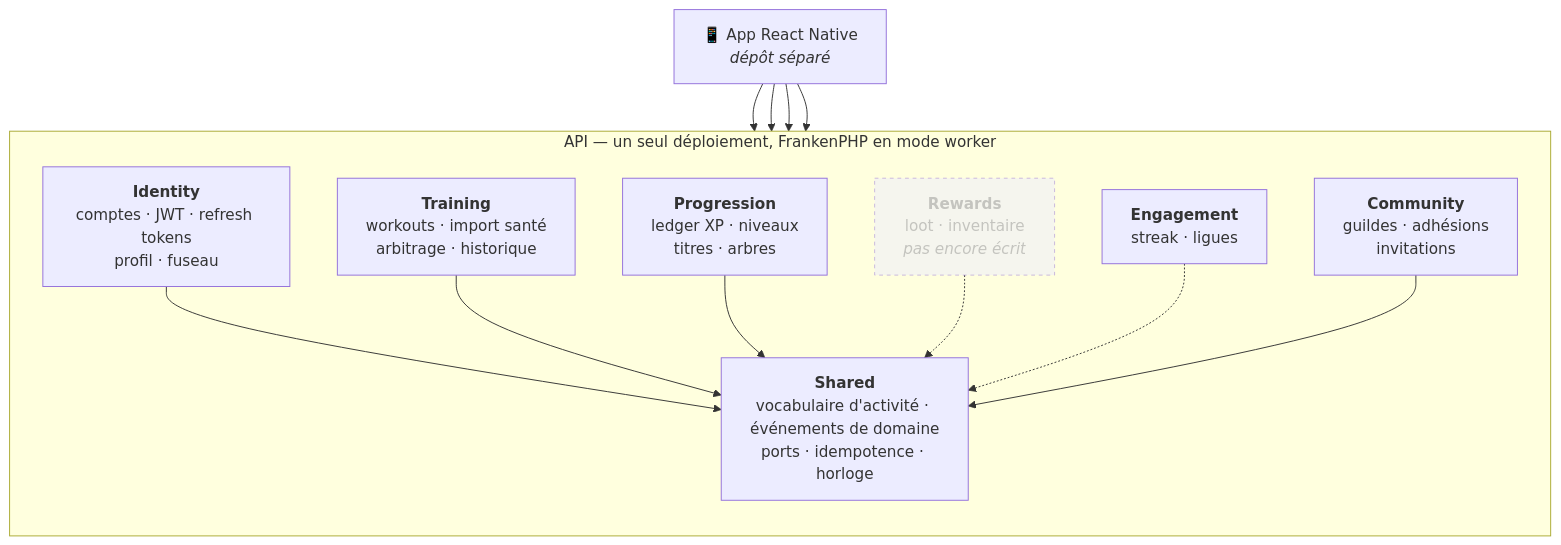
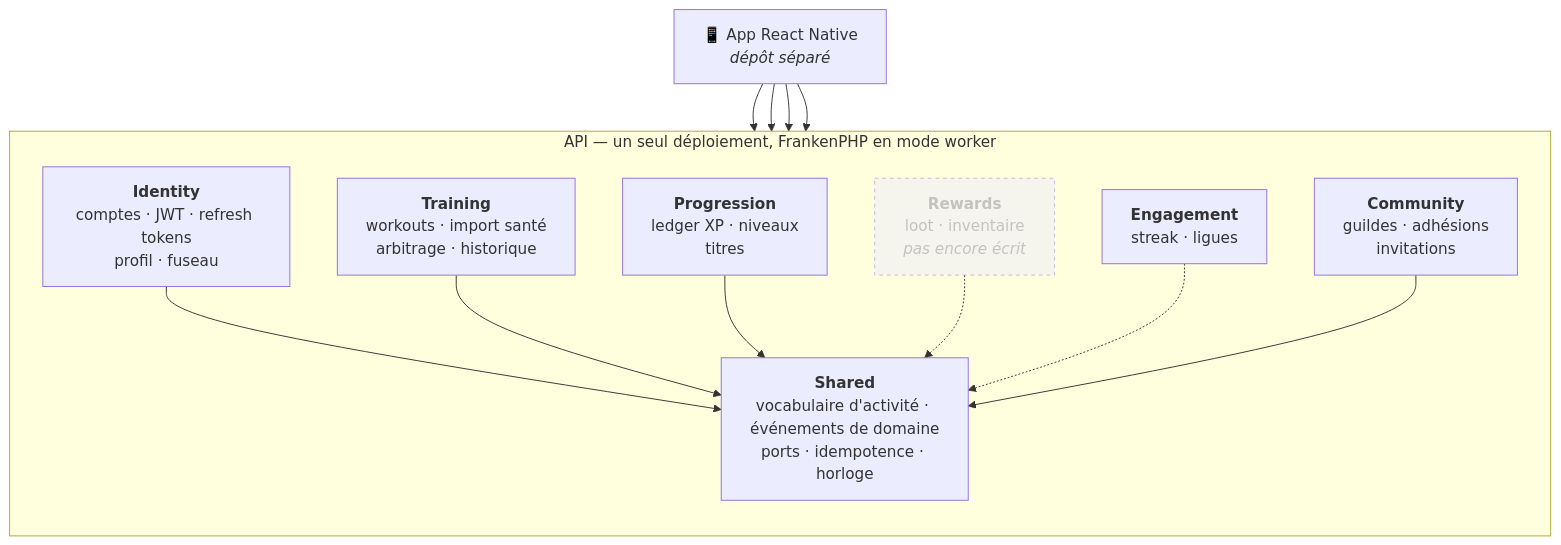
The first of 14 diagrams in ARCHITECTURE.md (younesdiouri/grrind-back), drawn with Mermaid before and after one commit. The commit also changed other lines of this file and 37 other files, not shown here.

````diff
--- a/ARCHITECTURE.md
+++ b/ARCHITECTURE.md
@@ -24,30 +24,30 @@
 ```mermaid
 flowchart TB
     app["📱 App React Native<br/><i>dépôt séparé</i>"]
 
     subgraph api["API — un seul déploiement, FrankenPHP en mode worker"]
         direction TB
         identity["<b>Identity</b><br/>comptes · JWT · refresh tokens<br/>profil · fuseau"]
         training["<b>Training</b><br/>workouts · import santé<br/>arbitrage · historique"]
-        progression["<b>Progression</b><br/>ledger XP · niveaux<br/>titres · arbres"]
+        progression["<b>Progression</b><br/>ledger XP · niveaux<br/>titres"]
         rewards["<b>Rewards</b><br/>loot · inventaire<br/><i>pas encore écrit</i>"]
         engagement["<b>Engagement</b><br/>streak · ligues"]
         community["<b>Community</b><br/>guildes · adhésions<br/>invitations"]
         shared["<b>Shared</b><br/>vocabulaire d'activité · événements de domaine<br/>ports · idempotence · horloge"]
     end
 
     app --> identity
     app --> training
     app --> progression
     app --> community
 
     identity --> shared
     training --> shared
     progression --> shared
     rewards -.-> shared
     engagement -.-> shared
     community --> shared
 
     classDef todo stroke-dasharray:4 4,opacity:0.5
     class rewards todo
 ```
````
